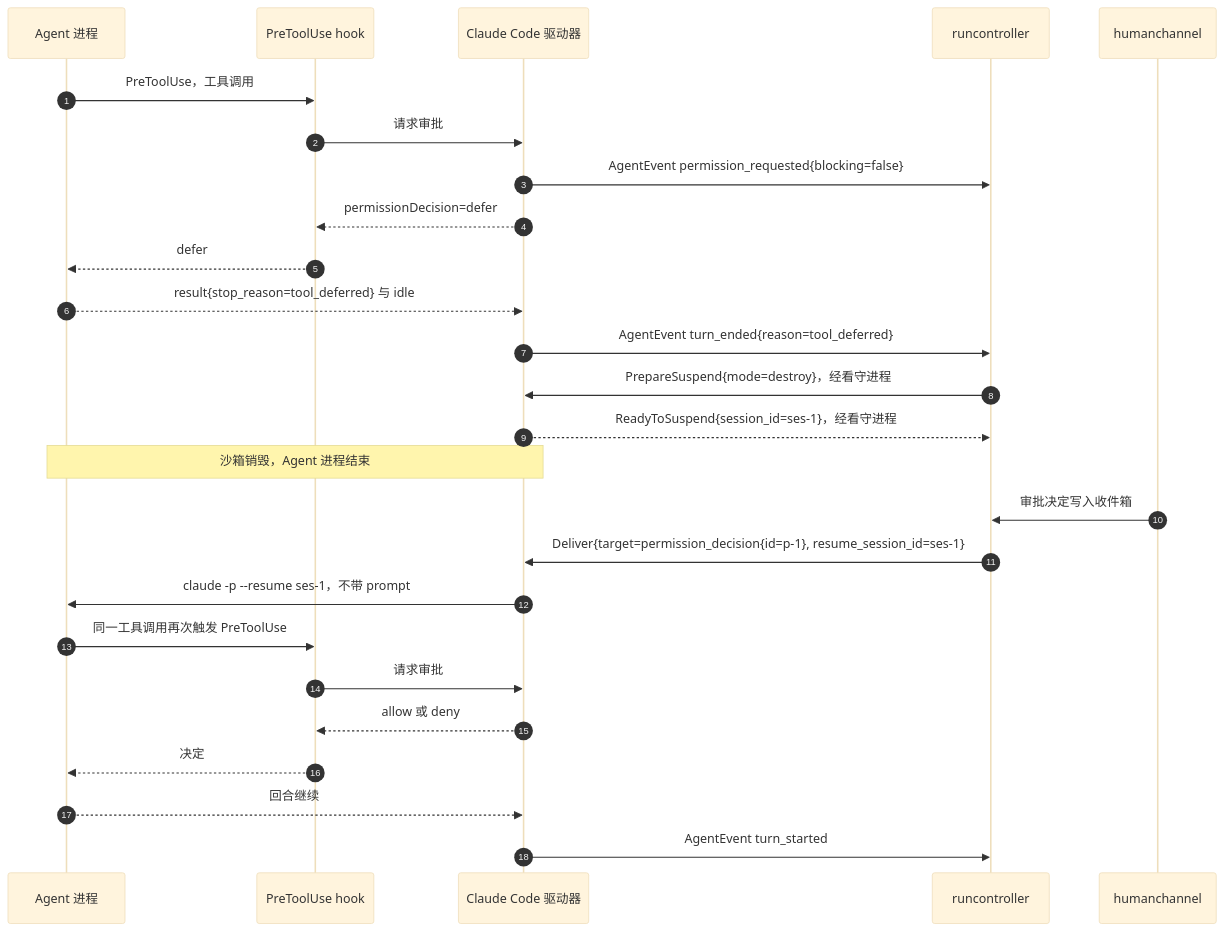
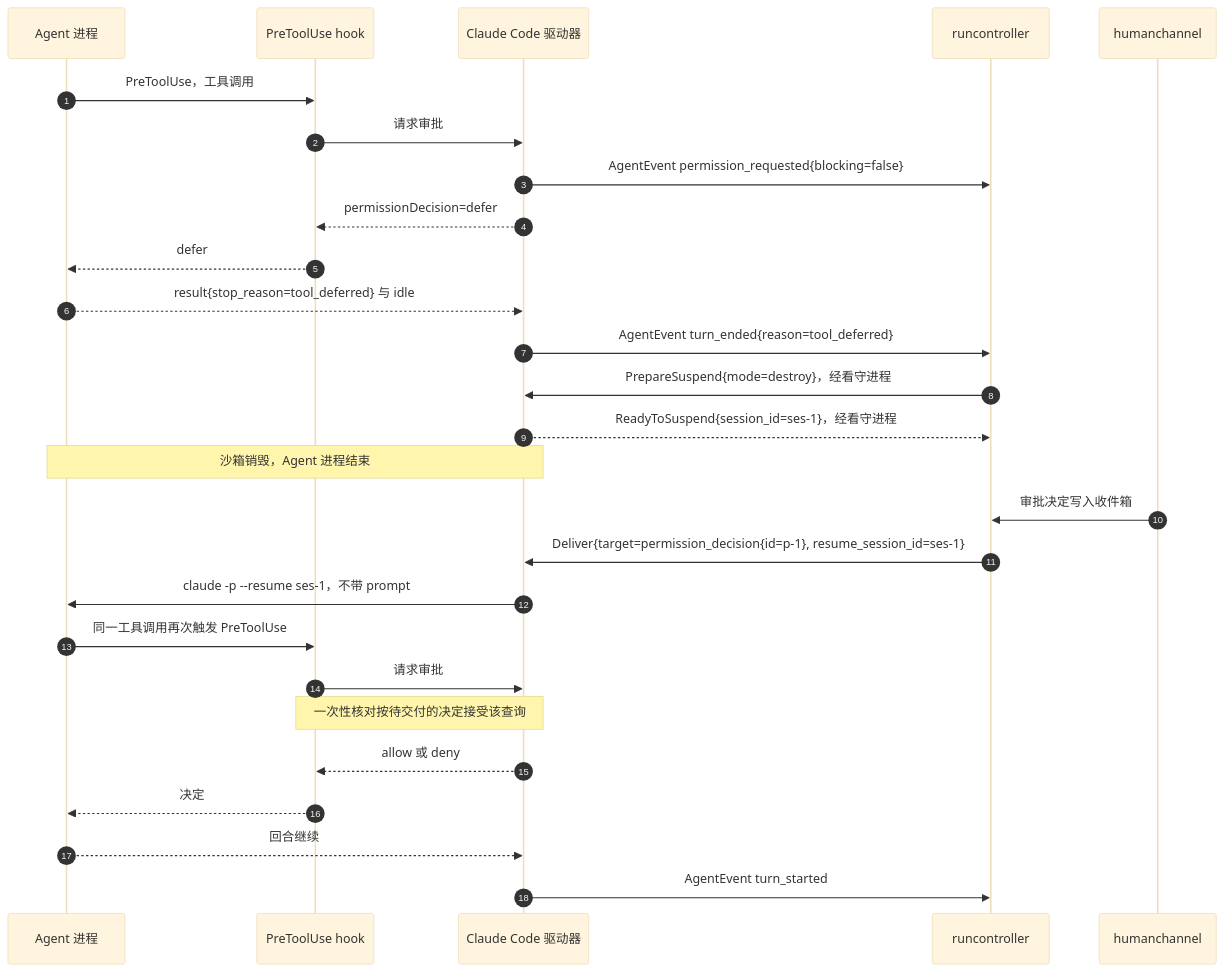
The second of 4 diagrams in docs/design/modules/warden/design-warden-driver-claude-code.md (wangzw/castworks), drawn with Mermaid (base theme) before and after one commit. The commit also changed other lines of this file and 9 other files, not shown here.

````diff
--- a/docs/design/modules/warden/design-warden-driver-claude-code.md
+++ b/docs/design/modules/warden/design-warden-driver-claude-code.md
@@ -182,28 +183,29 @@
 ```mermaid
 sequenceDiagram
     autonumber
     participant A as Agent 进程
     participant H as PreToolUse hook
     participant D as Claude Code 驱动器
     participant R as runcontroller
     participant C as humanchannel
     A->>H: PreToolUse，工具调用
     H->>D: 请求审批
     D->>R: AgentEvent permission_requested{blocking=false}
     D-->>H: permissionDecision=defer
     H-->>A: defer
     A-->>D: result{stop_reason=tool_deferred} 与 idle
     D->>R: AgentEvent turn_ended{reason=tool_deferred}
     R->>D: PrepareSuspend{mode=destroy}，经看守进程
     D-->>R: ReadyToSuspend{session_id=ses-1}，经看守进程
     Note over D,A: 沙箱销毁，Agent 进程结束
     C->>R: 审批决定写入收件箱
     R->>D: Deliver{target=permission_decision{id=p-1}, resume_session_id=ses-1}
     D->>A: claude -p --resume ses-1，不带 prompt
     A->>H: 同一工具调用再次触发 PreToolUse
     H->>D: 请求审批
+    Note over H,D: 一次性核对按待交付的决定接受该查询
     D-->>H: allow 或 deny
     H-->>A: 决定
     A-->>D: 回合继续
     D->>R: AgentEvent turn_started
 ```
````
